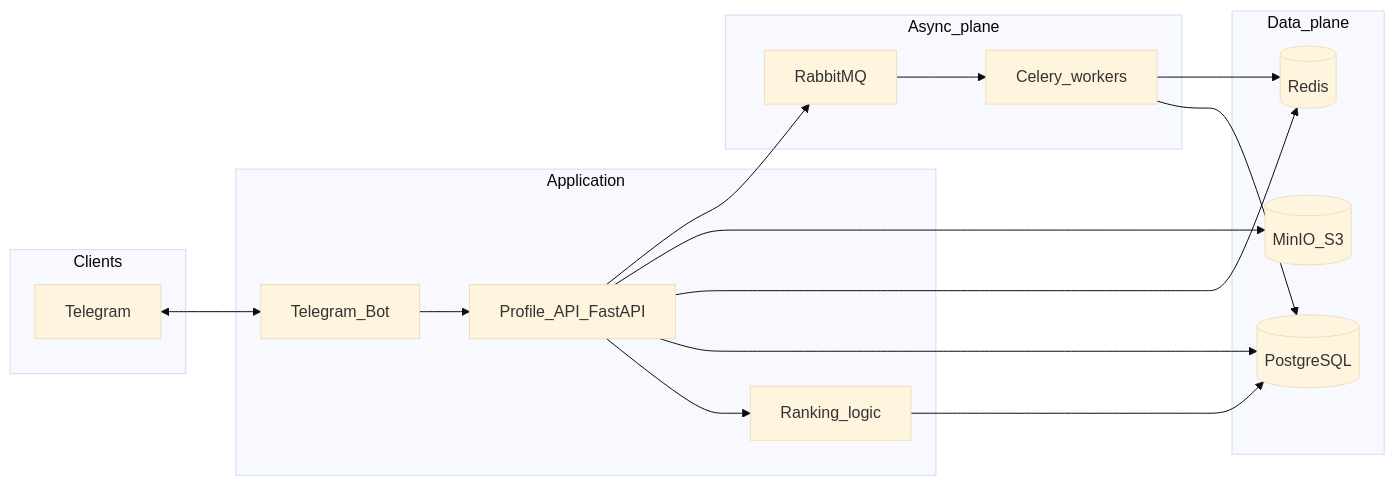
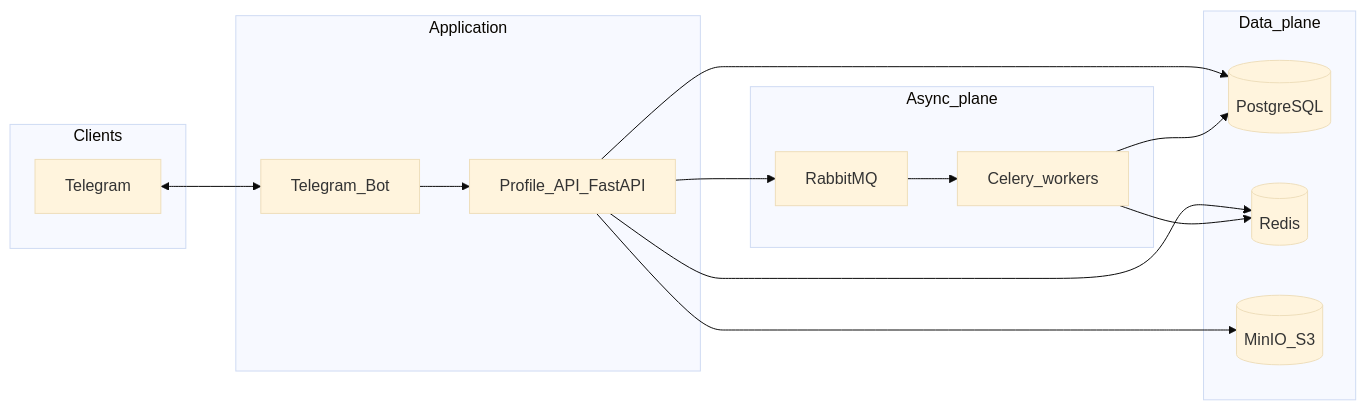
One commit to delawer33/dating-bot changed the first of 3 diagrams in docs/architecture.md. Above: the diagram before and after it, drawn with Mermaid (base theme). The commit also changed other lines of this file and 5 other files, not shown here.

````diff
--- a/docs/architecture.md
+++ b/docs/architecture.md
@@ -7,31 +8,28 @@
 ```mermaid
 flowchart LR
   subgraph clients [Clients]
     TG[Telegram]
   end
   subgraph app [Application]
     Bot[Telegram_Bot]
     API[Profile_API_FastAPI]
-    Rank[Ranking_logic]
   end
   subgraph data [Data_plane]
     PG[(PostgreSQL)]
     RD[(Redis)]
     S3[(MinIO_S3)]
   end
   subgraph async_plane [Async_plane]
     MQ[RabbitMQ]
     Cel[Celery_workers]
   end
   TG <--> Bot
   Bot --> API
-  API --> Rank
   API --> PG
   API --> RD
   API --> S3
   API --> MQ
   MQ --> Cel
   Cel --> PG
   Cel --> RD
-  Rank --> PG
 ```
````
